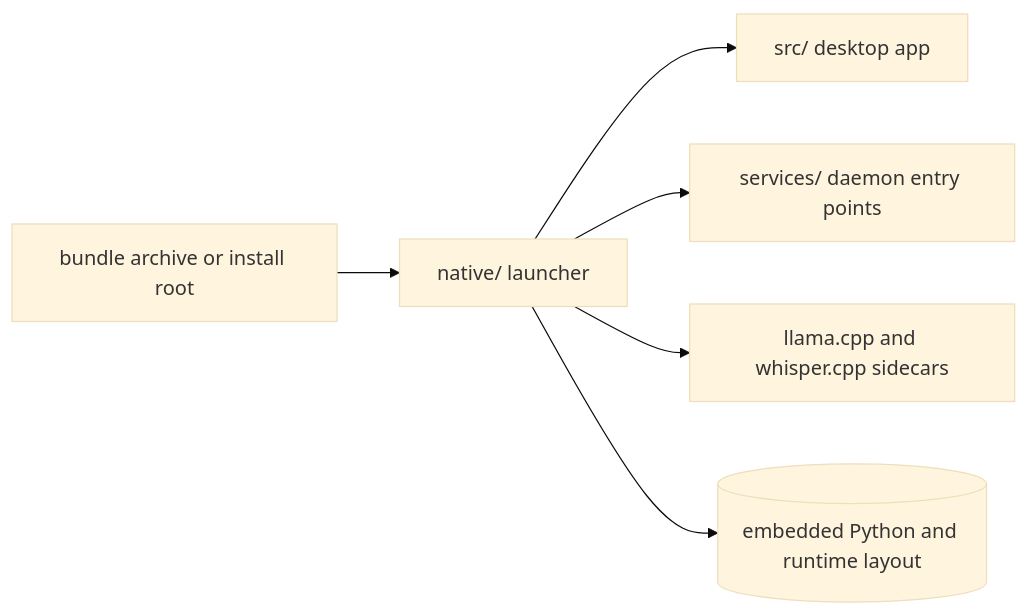
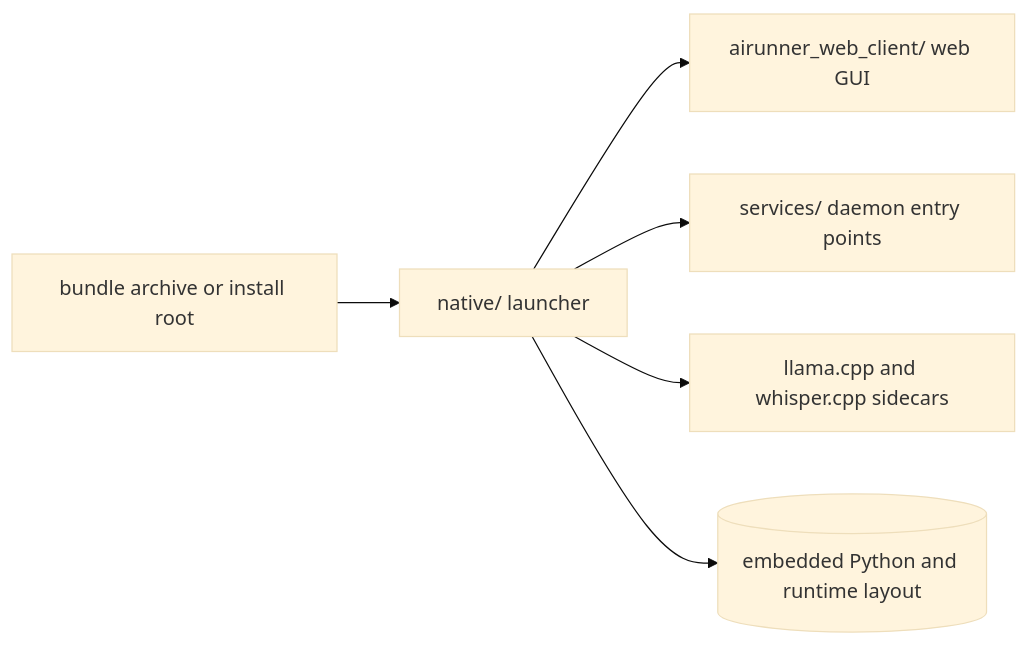
Before and after one commit to Capsize-Games/airunner: the diagram in native/README.md, drawn with Mermaid (base theme). The commit also changed 3451 other files, not shown here.

````diff
--- a/native/README.md
+++ b/native/README.md
@@ -7,8 +7,8 @@
 ```mermaid
 flowchart LR
 	Bundle[bundle archive or install root] --> Native[native/ launcher]
-	Native --> GUI[src/ desktop app]
+	Native --> Web[airunner_web_client/ web GUI]
 	Native --> Services[services/ daemon entry points]
 	Native --> Sidecars[llama.cpp and whisper.cpp sidecars]
 	Native --> Data[(embedded Python and runtime layout)]
 ```
````
